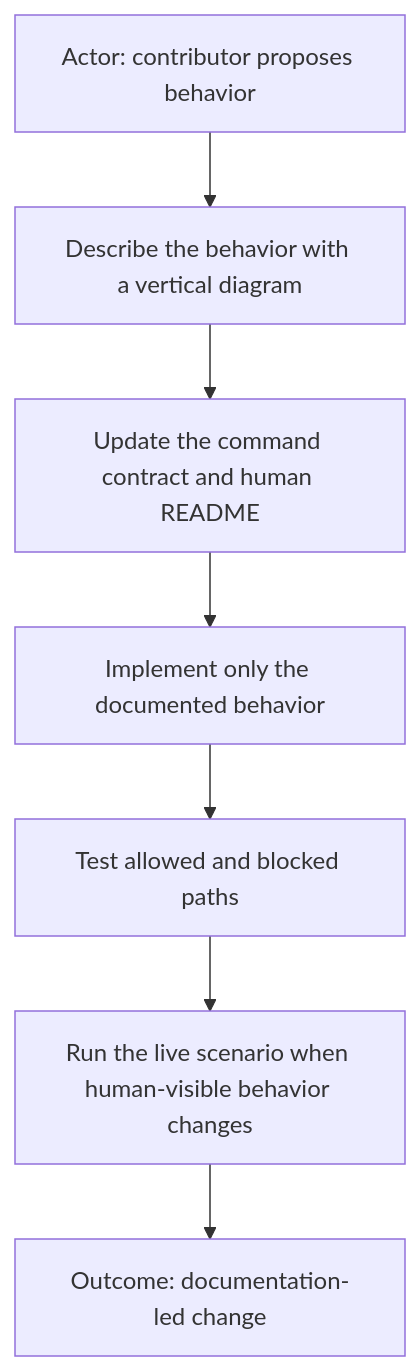
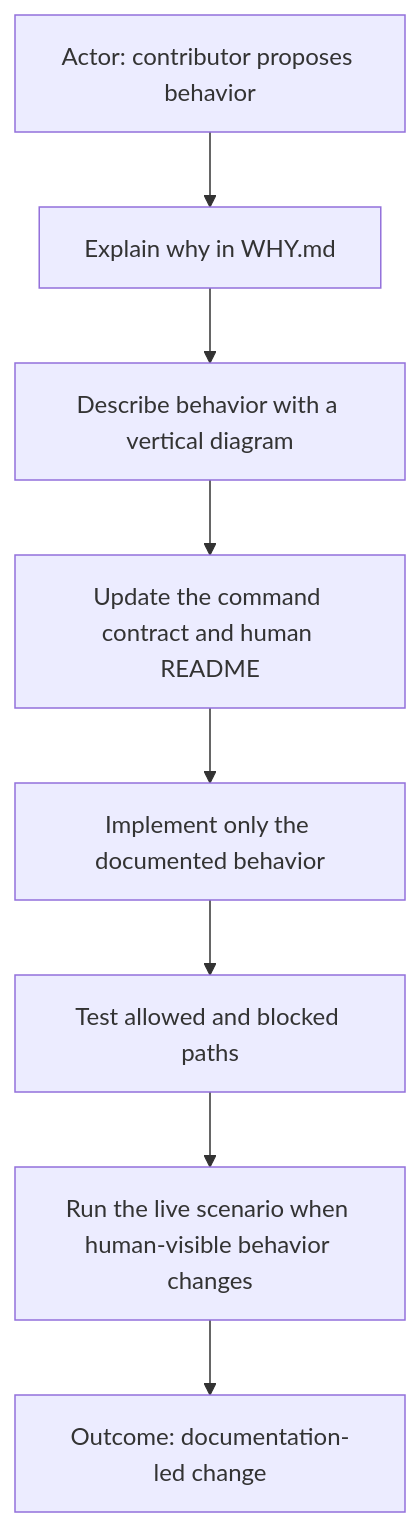
Diagram 14 of 16 in CONTRIBUTING.md (starodubtsevconsulting/ai-commands), drawn with Mermaid before and after one commit. The commit also changed other lines of this file, not shown here.

Commit message:
Add WHY.md to command folder convention

````diff
--- a/CONTRIBUTING.md
+++ b/CONTRIBUTING.md
@@ -270,10 +296,11 @@
 ```mermaid
 flowchart TD
   Actor["Actor: contributor proposes behavior"]
-  Actor --> Visual["Describe the behavior with a vertical diagram"]
+  Actor --> Why["Explain why in WHY.md"]
+  Why --> Visual["Describe behavior with a vertical diagram"]
   Visual --> Contract["Update the command contract and human README"]
   Contract --> Code["Implement only the documented behavior"]
   Code --> Test["Test allowed and blocked paths"]
   Test --> Scenario["Run the live scenario when human-visible behavior changes"]
   Scenario --> Outcome["Outcome: documentation-led change"]
 ```
````
